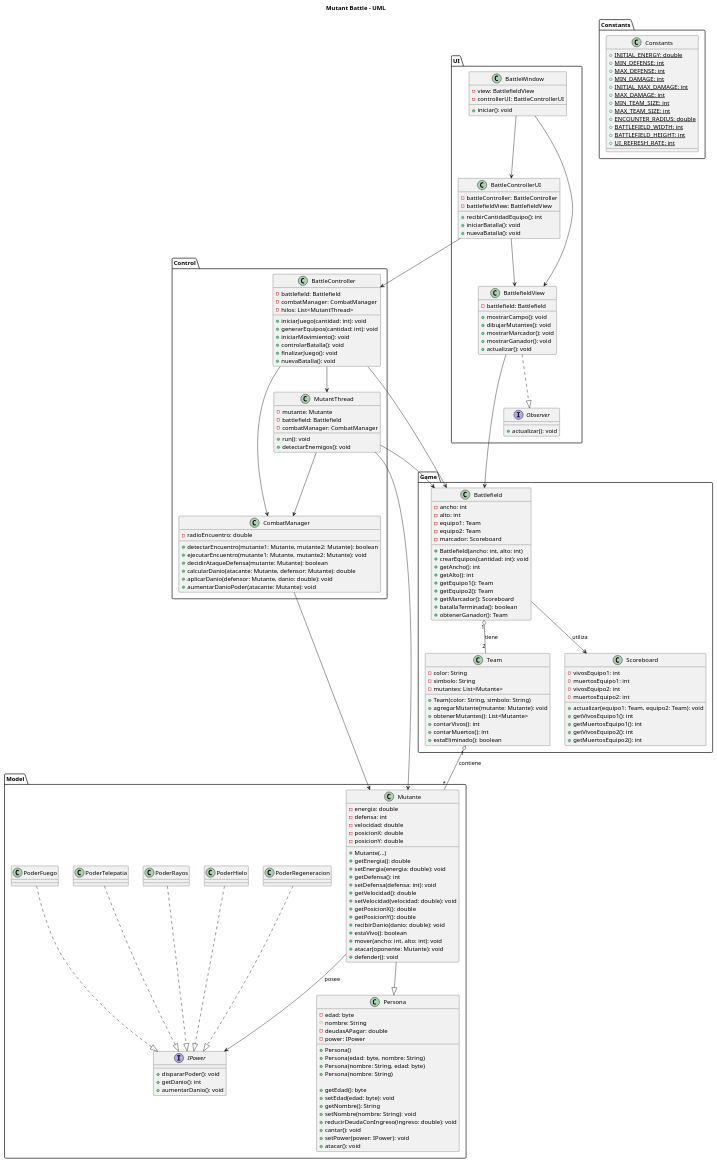
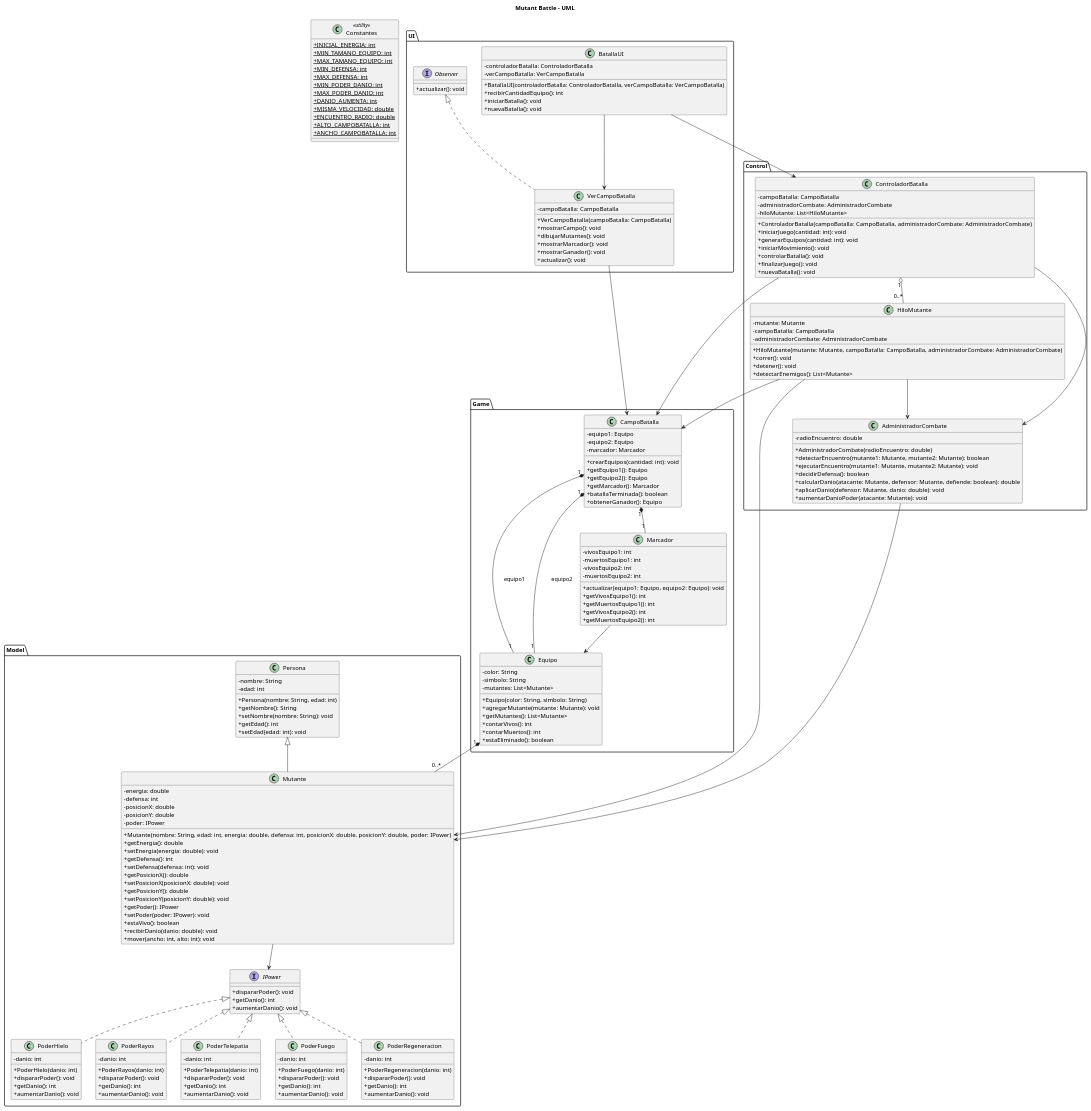
One commit to arishatrsv/mutantBattle changed the diagram in README.md. Above: the diagram before and after it, drawn with PlantUML. The commit also changed other lines of this file, not shown here.

````diff
--- a/README.md
+++ b/README.md
@@ -252,54 +327,43 @@
-```plantuml
 @startuml
 
+skinparam classAttributeIconSize 0
+
 title Mutant Battle - UML
-
-' ========================= MODEL =========================
 
 package "Model" {
 
     class Persona {
-        - edad: byte
-        # nombre: String
-        - deudasAPagar: double
-        - power: IPower
+        - nombre: String
+        - edad: int
 
-        + Persona()
-        + Persona(edad: byte, nombre: String)
-        + Persona(nombre: String, edad: byte)
-        + Persona(nombre: String)
-
-        + getEdad(): byte
-        + setEdad(edad: byte): void
+        + Persona(nombre: String, edad: int)
         + getNombre(): String
         + setNombre(nombre: String): void
-        + reducirDeudaConIngreso(ingreso: double): void
-        + cantar(): void
-        + setPower(power: IPower): void
-        + atacar(): void
+        + getEdad(): int
+        + setEdad(edad: int): void
     }
 
     class Mutante {
         - energia: double
         - defensa: int
-        - velocidad: double
         - posicionX: double
         - posicionY: double
+        - poder: IPower
 
-        + Mutante(...)
+        + Mutante(nombre: String, edad: int, energia: double, defensa: int, posicionX: double, posicionY: double, poder: IPower)
         + getEnergia(): double
         + setEnergia(energia: double): void
         + getDefensa(): int
         + setDefensa(defensa: int): void
-        + getVelocidad(): double
-        + setVelocidad(velocidad: double): void
         + getPosicionX(): double
+        + setPosicionX(posicionX: double): void
         + getPosicionY(): double
+        + setPosicionY(posicionY: double): void
+        + getPoder(): IPower
+        + setPoder(poder: IPower): void
+        + estaVivo(): boolean
         + recibirDanio(danio: double): void
-        + estaVivo(): boolean
         + mover(ancho: int, alto: int): void
-        + atacar(oponente: Mutante): void
-        + defender(): void
     }
 
     interface IPower {
@@ -308,89 +372,120 @@
         + aumentarDanio(): void
     }
 
-    class PoderHielo
-    class PoderRayos
-    class PoderTelepatia
-    class PoderFuego
-    class PoderRegeneracion
+    class PoderHielo {
+        - danio: int
+
+        + PoderHielo(danio: int)
+        + dispararPoder(): void
+        + getDanio(): int
+        + aumentarDanio(): void
+    }
+
+    class PoderRayos {
+        - danio: int
+
+        + PoderRayos(danio: int)
+        + dispararPoder(): void
+        + getDanio(): int
+        + aumentarDanio(): void
+    }
+
+    class PoderTelepatia {
+        - danio: int
+
+        + PoderTelepatia(danio: int)
+        + dispararPoder(): void
+        + getDanio(): int
+        + aumentarDanio(): void
+    }
+
+    class PoderFuego {
+        - danio: int
+
+        + PoderFuego(danio: int)
+        + dispararPoder(): void
+        + getDanio(): int
+        + aumentarDanio(): void
+    }
+
+    class PoderRegeneracion {
+        - danio: int
+
+        + PoderRegeneracion(danio: int)
+        + dispararPoder(): void
+        + getDanio(): int
+        + aumentarDanio(): void
+    }
+
+    Persona <|-- Mutante
+
+    IPower <|.. PoderHielo
+    IPower <|.. PoderRayos
+    IPower <|.. PoderTelepatia
+    IPower <|.. PoderFuego
+    IPower <|.. PoderRegeneracion
+
+    Mutante --> IPower
 }
-
-' ================= INHERITANCE AND POLYMORPHISM =================
-
-Mutante --|> Persona
-
-PoderHielo ..|> IPower
-PoderRayos ..|> IPower
-PoderTelepatia ..|> IPower
-PoderFuego ..|> IPower
-PoderRegeneracion ..|> IPower
-
-Mutante --> IPower : posee
-
-
-' ========================= GAME =========================
 
 package "Game" {
 
-    class Team {
+    class Equipo {
         - color: String
         - simbolo: String
         - mutantes: List<Mutante>
 
-        + Team(color: String, simbolo: String)
+        + Equipo(color: String, simbolo: String)
         + agregarMutante(mutante: Mutante): void
-        + obtenerMutantes(): List<Mutante>
+        + getMutantes(): List<Mutante>
         + contarVivos(): int
         + contarMuertos(): int
         + estaEliminado(): boolean
     }
 
-    class Battlefield {
-        - ancho: int
-        - alto: int
-        - equipo1: Team
-        - equipo2: Team
-        - marcador: Scoreboard
-
-        + Battlefield(ancho: int, alto: int)
-        + crearEquipos(cantidad: int): void
-        + getAncho(): int
-        + getAlto(): int
-        + getEquipo1(): Team
-        + getEquipo2(): Team
-        + getMarcador(): Scoreboard
-        + batallaTerminada(): boolean
-        + obtenerGanador(): Team
-    }
-
-    class Scoreboard {
+    class Marcador {
         - vivosEquipo1: int
         - muertosEquipo1: int
         - vivosEquipo2: int
         - muertosEquipo2: int
 
-        + actualizar(equipo1: Team, equipo2: Team): void
+        + actualizar(equipo1: Equipo, equipo2: Equipo): void
         + getVivosEquipo1(): int
         + getMuertosEquipo1(): int
         + getVivosEquipo2(): int
         + getMuertosEquipo2(): int
     }
+
+    class CampoBatalla {
+        - equipo1: Equipo
+        - equipo2: Equipo
+        - marcador: Marcador
+
+        + crearEquipos(cantidad: int): void
+        + getEquipo1(): Equipo
+        + getEquipo2(): Equipo
+        + getMarcador(): Marcador
+        + batallaTerminada(): boolean
+        + obtenerGanador(): Equipo
+    }
+
+    Equipo "1" *-- "0..*" Mutante
+
+    CampoBatalla "1" *-- "1" Equipo : equipo1
+    CampoBatalla "1" *-- "1" Equipo : equipo2
+    CampoBatalla "1" *-- "1" Marcador
+
+    Marcador --> Equipo
 }
-
-Team "1" o-- "*" Mutante : contiene
-Battlefield "1" o-- "2" Team : tiene
-Battlefield --> Scoreboard : utiliza
-
-
-' ======================== CONTROL ========================
 
 package "Control" {
 
-    class BattleController {
-        - battlefield: Battlefield
-        - combatManager: CombatManager
-        - hilos: List<MutantThread>
+    class ControladorBatalla {
+        - campoBatalla: CampoBatalla
+        - administradorCombate: AdministradorCombate
+        - hiloMutante: List<HiloMutante>
 
+        + ControladorBatalla(campoBatalla: CampoBatalla, administradorCombate: AdministradorCombate)
         + iniciarJuego(cantidad: int): void
         + generarEquipos(cantidad: int): void
         + iniciarMovimiento(): void
@@ -399,39 +494,39 @@
         + nuevaBatalla(): void
     }
 
-    class MutantThread {
+    class HiloMutante {
         - mutante: Mutante
-        - battlefield: Battlefield
-        - combatManager: CombatManager
+        - campoBatalla: CampoBatalla
+        - administradorCombate: AdministradorCombate
 
-        + run(): void
-        + detectarEnemigos(): void
+        + HiloMutante(mutante: Mutante, campoBatalla: CampoBatalla, administradorCombate: AdministradorCombate)
+        + correr(): void
+        + detener(): void
+        + detectarEnemigos(): List<Mutante>
     }
 
-    class CombatManager {
+    class AdministradorCombate {
         - radioEncuentro: double
 
+        + AdministradorCombate(radioEncuentro: double)
         + detectarEncuentro(mutante1: Mutante, mutante2: Mutante): boolean
         + ejecutarEncuentro(mutante1: Mutante, mutante2: Mutante): void
-        + decidirAtaqueDefensa(mutante: Mutante): boolean
-        + calcularDanio(atacante: Mutante, defensor: Mutante): double
+        + decidirDefensa(): boolean
+        + calcularDanio(atacante: Mutante, defensor: Mutante, defiende: boolean): double
         + aplicarDanio(defensor: Mutante, danio: double): void
         + aumentarDanioPoder(atacante: Mutante): void
     }
+
+    ControladorBatalla --> CampoBatalla
+    ControladorBatalla --> AdministradorCombate
+    ControladorBatalla "1" o-- "0..*" HiloMutante
+
+    HiloMutante --> Mutante
+    HiloMutante --> CampoBatalla
+    HiloMutante --> AdministradorCombate
+
+    AdministradorCombate --> Mutante
 }
-
-BattleController --> Battlefield
-BattleController --> CombatManager
-BattleController --> MutantThread
-
-MutantThread --> Mutante
-MutantThread --> Battlefield
-MutantThread --> CombatManager
-
-CombatManager --> Mutante
-
-
-' =========================== UI ===========================
 
 package "UI" {
 
@@ -439,9 +534,10 @@
         + actualizar(): void
     }
 
-    class BattlefieldView {
-        - battlefield: Battlefield
+    class VerCampoBatalla {
+        - campoBatalla: CampoBatalla
 
+        + VerCampoBatalla(campoBatalla: CampoBatalla)
         + mostrarCampo(): void
         + dibujarMutantes(): void
         + mostrarMarcador(): void
@@ -449,50 +545,36 @@
         + actualizar(): void
     }
 
-    class BattleControllerUI {
-        - battleController: BattleController
-        - battlefieldView: BattlefieldView
+    class BatallaUI {
+        - controladorBatalla: ControladorBatalla
+        - verCampoBatalla: VerCampoBatalla
 
+        + BatallaUI(controladorBatalla: ControladorBatalla, verCampoBatalla: VerCampoBatalla)
         + recibirCantidadEquipo(): int
         + iniciarBatalla(): void
         + nuevaBatalla(): void
     }
 
-    class BattleWindow {
-        - view: BattlefieldView
-        - controllerUI: BattleControllerUI
+    Observer <|.. VerCampoBatalla
 
-        + iniciar(): void
-    }
+    VerCampoBatalla --> CampoBatalla
+    BatallaUI --> ControladorBatalla
+    BatallaUI --> VerCampoBatalla
 }
 
-BattlefieldView ..|> Observer
-BattlefieldView --> Battlefield
-BattleControllerUI --> BattleController
-BattleControllerUI --> BattlefieldView
-BattleWindow --> BattlefieldView
-BattleWindow --> BattleControllerUI
-
-
-' ======================== CONSTANTS ========================
-
-package "Constants" {
-
-    class Constants {
-        {static} + INITIAL_ENERGY: double
-        {static} + MIN_DEFENSE: int
-        {static} + MAX_DEFENSE: int
-        {static} + MIN_DAMAGE: int
-        {static} + INITIAL_MAX_DAMAGE: int
-        {static} + MAX_DAMAGE: int
-        {static} + MIN_TEAM_SIZE: int
-        {static} + MAX_TEAM_SIZE: int
-        {static} + ENCOUNTER_RADIUS: double
-        {static} + BATTLEFIELD_WIDTH: int
-        {static} + BATTLEFIELD_HEIGHT: int
-        {static} + UI_REFRESH_RATE: int
-    }
+class Constantes <<utility>> {
+    {static} + INICIAL_ENERGIA: int
+    {static} + MIN_TAMANO_EQUIPO: int
+    {static} + MAX_TAMANO_EQUIPO: int
+    {static} + MIN_DEFENSA: int
+    {static} + MAX_DEFENSA: int
+    {static} + MIN_PODER_DANIO: int
+    {static} + MAX_PODER_DANIO: int
+    {static} + DANIO_AUMENTA: int
+    {static} + MISMA_VELOCIDAD: double
+    {static} + ENCUENTRO_RADIO: double
+    {static} + ALTO_CAMPOBATALLA: int
+    {static} + ANCHO_CAMPOBATALLA: int
 }
 
 @enduml
-```
````
